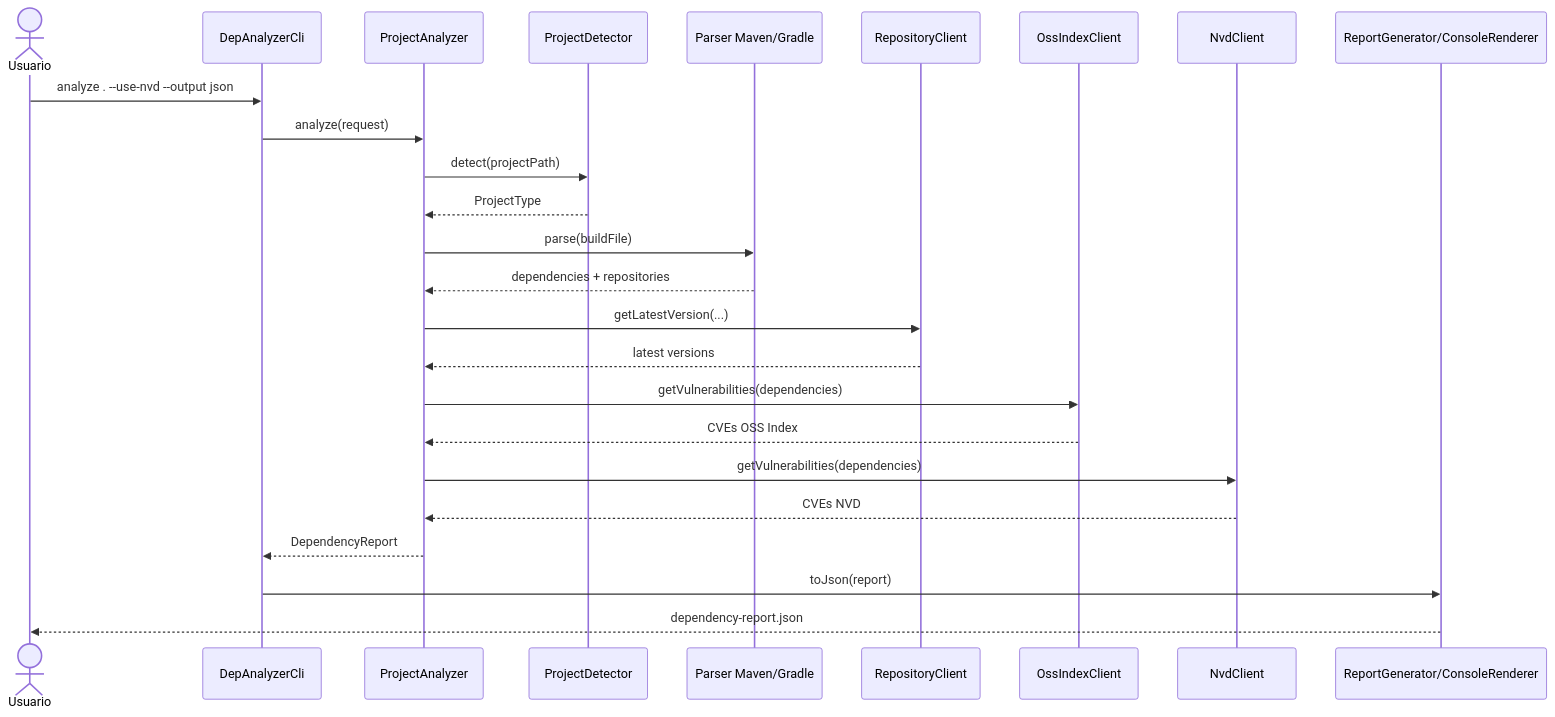
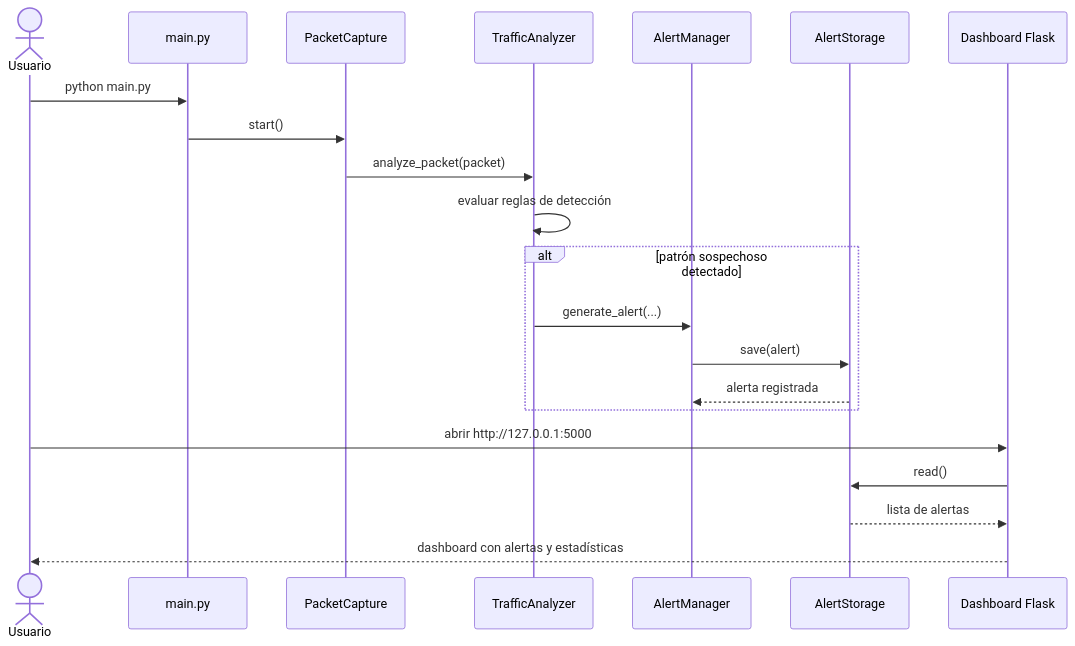
Before and after one commit to diegochara2019065026/proyecto-si784-2026-i-u1-ids: the seventh of 8 diagrams in docs/FD03-Informe-Especificación Requerimientos.md, drawn with Mermaid. The commit also changed other lines of this file, not shown here.

First line of the commit message:
Revise document for TrafficWatch IDS specifications

````diff
--- a/docs/FD03-Informe-Especificación Requerimientos.md
+++ b/docs/FD03-Informe-Especificación Requerimientos.md
@@ -366,27 +376,24 @@
 ```mermaid
 sequenceDiagram
     actor Usuario
-    participant CLI as DepAnalyzerCli
-    participant PA as ProjectAnalyzer
-    participant PD as ProjectDetector
-    participant Parser as Parser Maven/Gradle
-    participant RC as RepositoryClient
-    participant OI as OssIndexClient
-    participant NVD as NvdClient
-    participant RG as ReportGenerator/ConsoleRenderer
-    Usuario ->> CLI: analyze . --use-nvd --output json
-    CLI ->> PA: analyze(request)
-    PA ->> PD: detect(projectPath)
-    PD -->> PA: ProjectType
-    PA ->> Parser: parse(buildFile)
-    Parser -->> PA: dependencies + repositories
-    PA ->> RC: getLatestVersion(...)
-    RC -->> PA: latest versions
-    PA ->> OI: getVulnerabilities(dependencies)
-    OI -->> PA: CVEs OSS Index
-    PA ->> NVD: getVulnerabilities(dependencies)
-    NVD -->> PA: CVEs NVD
-    PA -->> CLI: DependencyReport
-    CLI ->> RG: toJson(report)
-    RG -->> Usuario: dependency-report.json
+    participant Main as main.py
+    participant PC as PacketCapture
+    participant TA as TrafficAnalyzer
+    participant AM as AlertManager
+    participant AS as AlertStorage
+    participant Web as Dashboard Flask
+
+    Usuario ->> Main: python main.py
+    Main ->> PC: start()
+    PC ->> TA: analyze_packet(packet)
+    TA ->> TA: evaluar reglas de detección
+    alt patrón sospechoso detectado
+        TA ->> AM: generate_alert(...)
+        AM ->> AS: save(alert)
+        AS -->> AM: alerta registrada
+    end
+    Usuario ->> Web: abrir http://127.0.0.1:5000
+    Web ->> AS: read()
+    AS -->> Web: lista de alertas
+    Web -->> Usuario: dashboard con alertas y estadísticas
 ```
````
